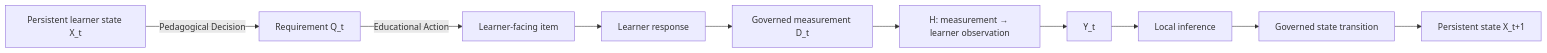
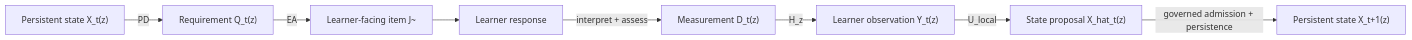
The diagram in content/architecture/overview.md (thatao72/three-twin-docs), drawn with Mermaid before and after one commit. The commit also changed other lines of this file, not shown here.

````diff
--- a/content/architecture/overview.md
+++ b/content/architecture/overview.md
@@ -166,12 +215,10 @@
 ```mermaid
 flowchart LR
-    X["Persistent learner state X_t"] -->|"Pedagogical Decision"| Q["Requirement Q_t"]
-    Q -->|"Educational Action"| J["Learner-facing item"]
+    X["Persistent state X_t(z)"] -->|"PD"| Q["Requirement Q_t(z)"]
+    Q -->|"EA"| J["Learner-facing item J~"]
     J --> R["Learner response"]
-    R --> D["Governed measurement D_t"]
-    D --> H["H: measurement → learner observation"]
-    H --> Y["Y_t"]
-    Y --> U["Local inference"]
-    U --> A["Governed state transition"]
-    A --> X2["Persistent state X_t+1"]
+    R -->|"interpret + assess"| D["Measurement D_t(z)"]
+    D -->|"H_z"| Y["Learner observation Y_t(z)"]
+    Y -->|"U_local"| XH["State proposal X_hat_t(z)"]
+    XH -->|"governed admission + persistence"| X2["Persistent state X_t+1(z)"]
 ```
````
